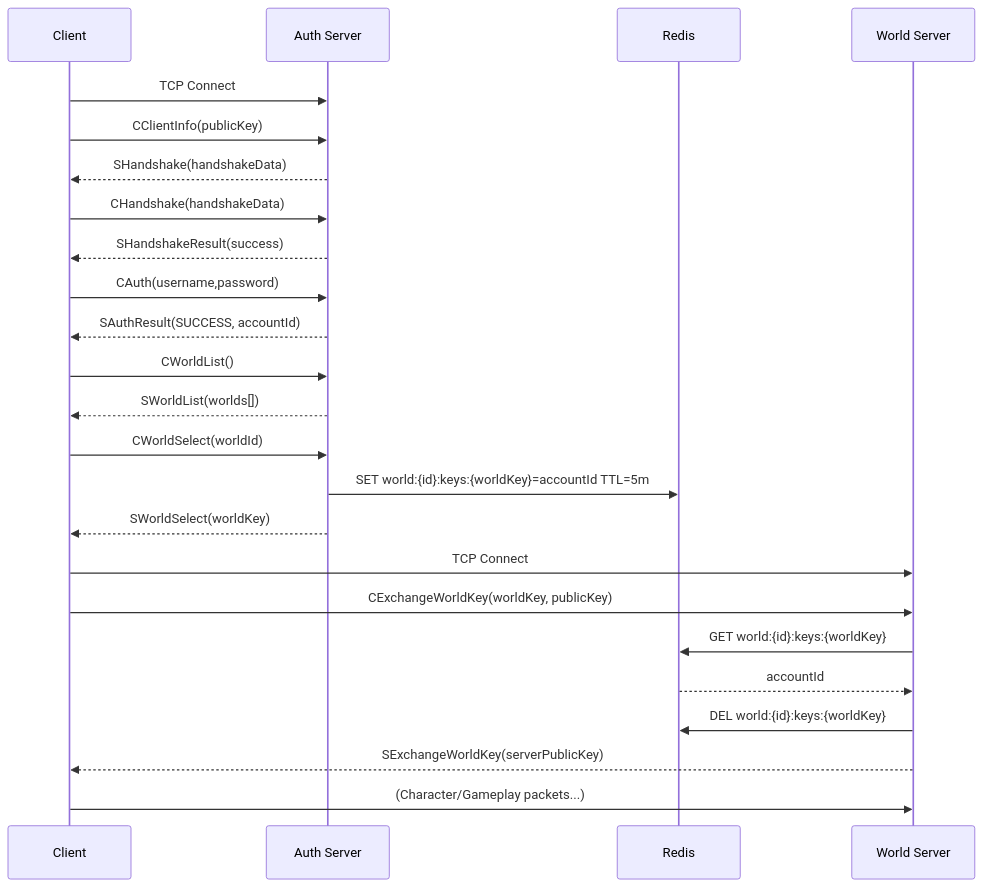
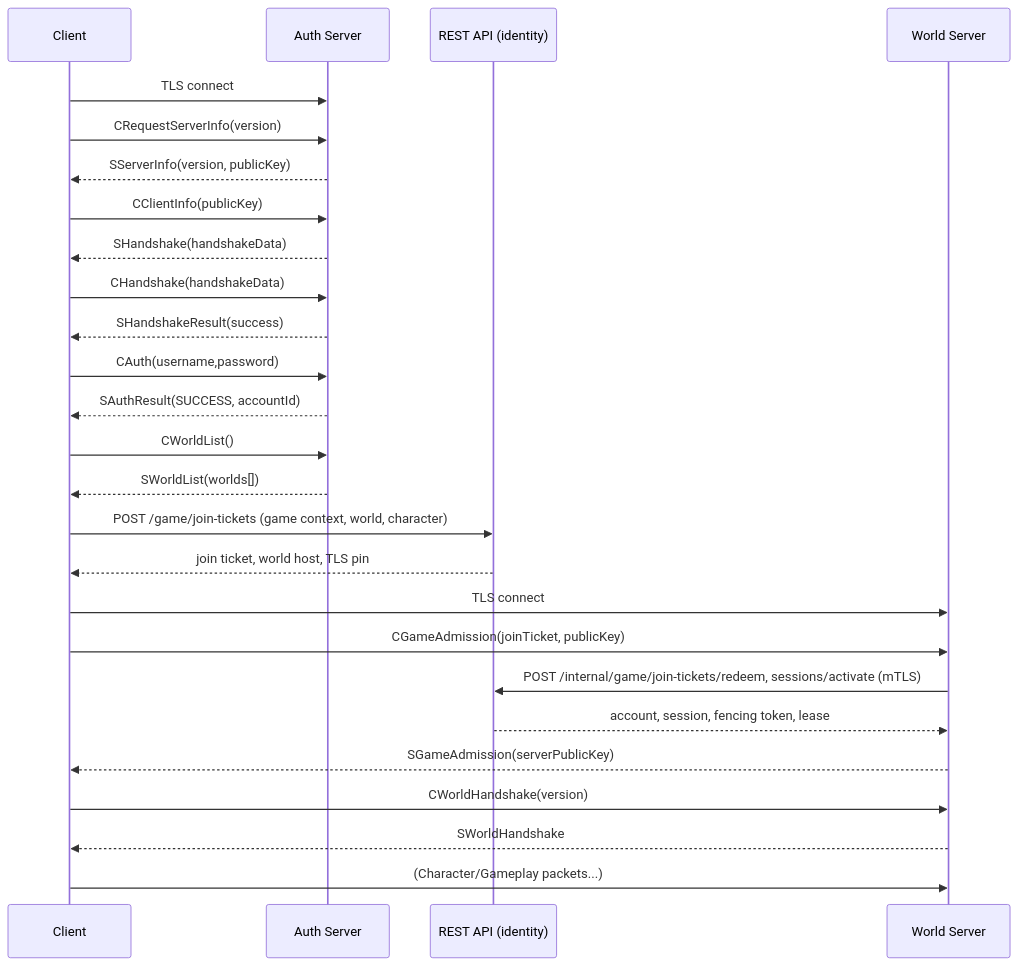
One commit to WoozChucky/Avalon.Server changed the diagram in docs/networking-packet-protocol.md. Above: the diagram before and after it, drawn with Mermaid. The commit also changed other lines of this file and 17 other files, not shown here.

First line of the commit message:
docs: describe world entry as the REST game admission (#790)

````diff
--- a/docs/networking-packet-protocol.md
+++ b/docs/networking-packet-protocol.md
@@ -97,27 +111,29 @@
 ```mermaid
 sequenceDiagram
     participant Client
     participant Auth as Auth Server
-    participant Redis
+    participant Api as REST API (identity)
     participant World as World Server
 
-    Client->>Auth: TCP Connect
+    Client->>Auth: TLS connect
+    Client->>Auth: CRequestServerInfo(version)
+    Auth-->>Client: SServerInfo(version, publicKey)
     Client->>Auth: CClientInfo(publicKey)
     Auth-->>Client: SHandshake(handshakeData)
     Client->>Auth: CHandshake(handshakeData)
     Auth-->>Client: SHandshakeResult(success)
     Client->>Auth: CAuth(username,password)
     Auth-->>Client: SAuthResult(SUCCESS, accountId)
     Client->>Auth: CWorldList()
     Auth-->>Client: SWorldList(worlds[])
-    Client->>Auth: CWorldSelect(worldId)
-    Auth->>Redis: SET world:{id}:keys:{worldKey}=accountId TTL=5m
-    Auth-->>Client: SWorldSelect(worldKey)
-    Client->>World: TCP Connect
-    Client->>World: CExchangeWorldKey(worldKey, publicKey)
-    World->>Redis: GET world:{id}:keys:{worldKey}
-    Redis-->>World: accountId
-    World->>Redis: DEL world:{id}:keys:{worldKey}
-    World-->>Client: SExchangeWorldKey(serverPublicKey)
+    Client->>Api: POST /game/join-tickets (game context, world, character)
+    Api-->>Client: join ticket, world host, TLS pin
+    Client->>World: TLS connect
+    Client->>World: CGameAdmission(joinTicket, publicKey)
+    World->>Api: POST /internal/game/join-tickets/redeem, sessions/activate (mTLS)
+    Api-->>World: account, session, fencing token, lease
+    World-->>Client: SGameAdmission(serverPublicKey)
+    Client->>World: CWorldHandshake(version)
+    World-->>Client: SWorldHandshake
     Client->>World: (Character/Gameplay packets...)
 ```
````
